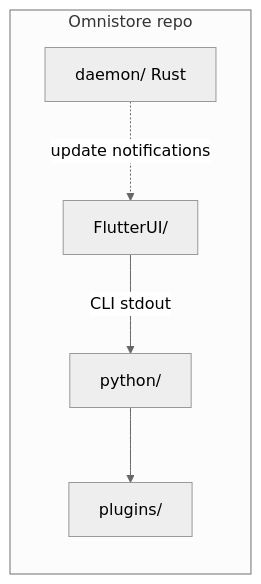
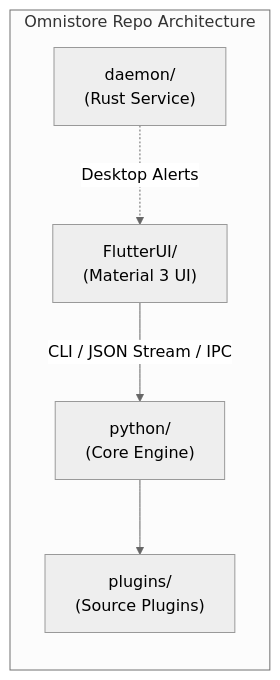
The first of 2 diagrams in project_architecture.md (QwQdoge/OmniStore), drawn with Mermaid (neutral theme) before and after one commit. The commit also changed other lines of this file and 31 other files, not shown here.

````diff
--- a/project_architecture.md
+++ b/project_architecture.md
@@ -10,13 +10,13 @@
 ```mermaid
 flowchart LR
-  subgraph repo["Omnistore repo"]
-    UI["FlutterUI/"]
-    PY["python/"]
-    DAEMON["daemon/ Rust"]
-    PLUG["plugins/"]
+  subgraph repo["Omnistore Repo Architecture"]
+    UI["FlutterUI/<br>(Material 3 UI)"]
+    PY["python/<br>(Core Engine)"]
+    DAEMON["daemon/<br>(Rust Service)"]
+    PLUG["plugins/<br>(Source Plugins)"]
   end
 
-  UI -->|"CLI stdout"| PY
-  DAEMON -.->|"update notifications"| UI
+  UI -->|"CLI / JSON Stream / IPC"| PY
+  DAEMON -.->|"Desktop Alerts"| UI
   PY --> PLUG
 ```
````
